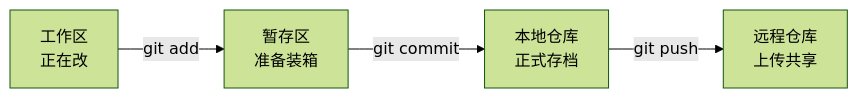
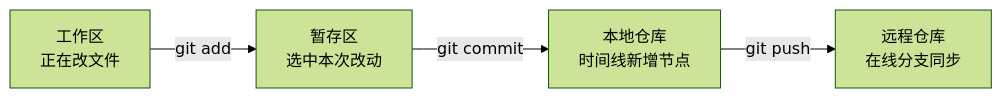
One commit to jihtsan/cz-night-learn-20260713 changed the second of 6 diagrams in 常州夜宵005-后端-API与数据库/01-Git与AI协作-小白课程大纲.md. Above: the diagram before and after it, drawn with Mermaid (forest theme). The commit also changed other lines of this file, not shown here.

First line of the commit message:
优化第5课 Git 小白图解与命令卡 (#34)

````diff
--- a/常州夜宵005-后端-API与数据库/01-Git与AI协作-小白课程大纲.md
+++ b/常州夜宵005-后端-API与数据库/01-Git与AI协作-小白课程大纲.md
@@ -74,6 +78,6 @@
 ```mermaid
 flowchart LR
-    A[工作区<br/>正在改] -->|git add| B[暂存区<br/>准备装箱]
-    B -->|git commit| C[本地仓库<br/>正式存档]
-    C -->|git push| D[远程仓库<br/>上传共享]
+    A[工作区<br/>正在改文件] -->|git add| B[暂存区<br/>选中本次改动]
+    B -->|git commit| C[本地仓库<br/>时间线新增节点]
+    C -->|git push| D[远程仓库<br/>在线分支同步]
 ```
````
